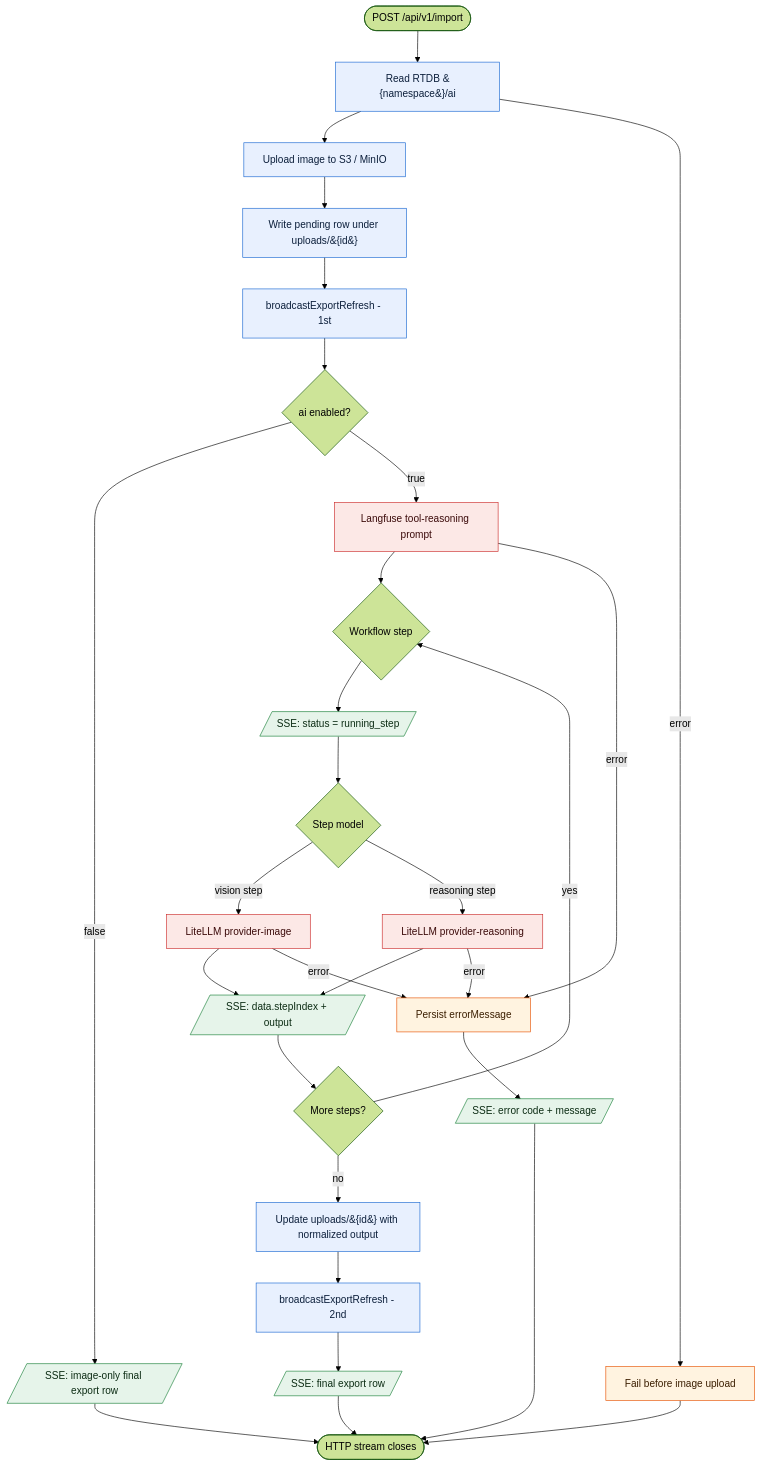
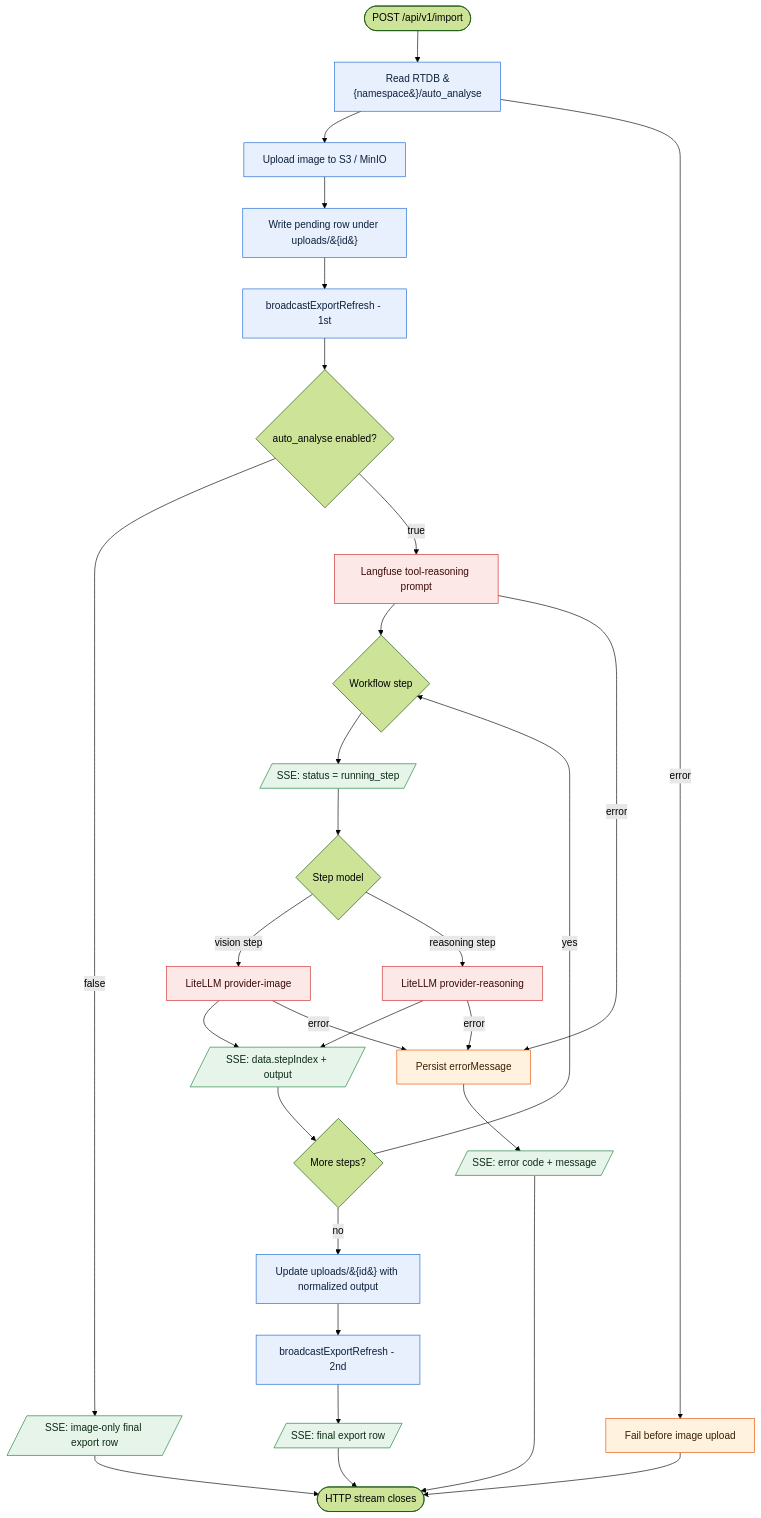
The diagram in docs/workflow.md (lowjungxuan98/AirEye), drawn with Mermaid (forest theme) before and after one commit. The commit also changed other lines of this file and 30 other files, not shown here.

Commit message:
Rename AI flag to auto_analyse

````diff
--- a/docs/workflow.md
+++ b/docs/workflow.md
@@ -24,42 +24,42 @@
 ```mermaid
 flowchart TD
-    Start([POST /api/v1/import]) --> AiFlag[Read RTDB &#123;namespace&#125;/ai]
-    AiFlag --> S3[Upload image to S3 / MinIO]
+    Start([POST /api/v1/import]) --> AutoAnalyseFlag[Read RTDB &#123;namespace&#125;/auto_analyse]
+    AutoAnalyseFlag --> S3[Upload image to S3 / MinIO]
     S3 --> RTDB1[Write pending row under uploads/&#123;id&#125;]
     RTDB1 --> FCM1[broadcastExportRefresh - 1st]
-    FCM1 --> AiEnabled{ai enabled?}
-    AiEnabled -- false --> EmitImageOnly[/SSE: image-only final export row/]
+    FCM1 --> AutoAnalyseEnabled{auto_analyse enabled?}
+    AutoAnalyseEnabled -- false --> EmitImageOnly[/SSE: image-only final export row/]
     EmitImageOnly --> Done([HTTP stream closes])
-    AiEnabled -- true --> Plan[Langfuse tool-reasoning prompt]
+    AutoAnalyseEnabled -- true --> Plan[Langfuse tool-reasoning prompt]
     Plan --> StepLoop{Workflow step}
     StepLoop --> Running[/SSE: status = running_step/]
     Running --> StepModel{Step model}
     StepModel -- vision step --> Vision[LiteLLM provider-image]
     StepModel -- reasoning step --> Reasoning[LiteLLM provider-reasoning]
     Vision --> Output[/SSE: data.stepIndex + output/]
     Reasoning --> Output
     Output --> More{More steps?}
     More -- yes --> StepLoop
     More -- no --> RTDB2[Update uploads/&#123;id&#125; with normalized output]
     RTDB2 --> FCM2[broadcastExportRefresh - 2nd]
     FCM2 --> EmitRow[/SSE: final export row/]
     EmitRow --> Done
 
-    AiFlag -- error --> PreflightError[Fail before image upload]
+    AutoAnalyseFlag -- error --> PreflightError[Fail before image upload]
     PreflightError --> Done
     Plan -- error --> ErrorPath[Persist errorMessage]
     Vision -- error --> ErrorPath
     Reasoning -- error --> ErrorPath
     ErrorPath --> EmitError[/SSE: error code + message/]
     EmitError --> Done
 
     classDef llm fill:#fce8e6,stroke:#cc2c2c,color:#3b0a0a
     classDef sse fill:#e6f4ea,stroke:#188038,color:#0c2c14
     classDef store fill:#e8f0fe,stroke:#1967d2,color:#0c1f3b
     classDef err fill:#fff3e0,stroke:#e65100,color:#3b1e00
 
     class Plan,Vision,Reasoning llm
     class Running,Output,EmitRow,EmitImageOnly,EmitError sse
-    class AiFlag,S3,RTDB1,RTDB2,FCM1,FCM2 store
+    class AutoAnalyseFlag,S3,RTDB1,RTDB2,FCM1,FCM2 store
     class ErrorPath,PreflightError err
 ```
````
